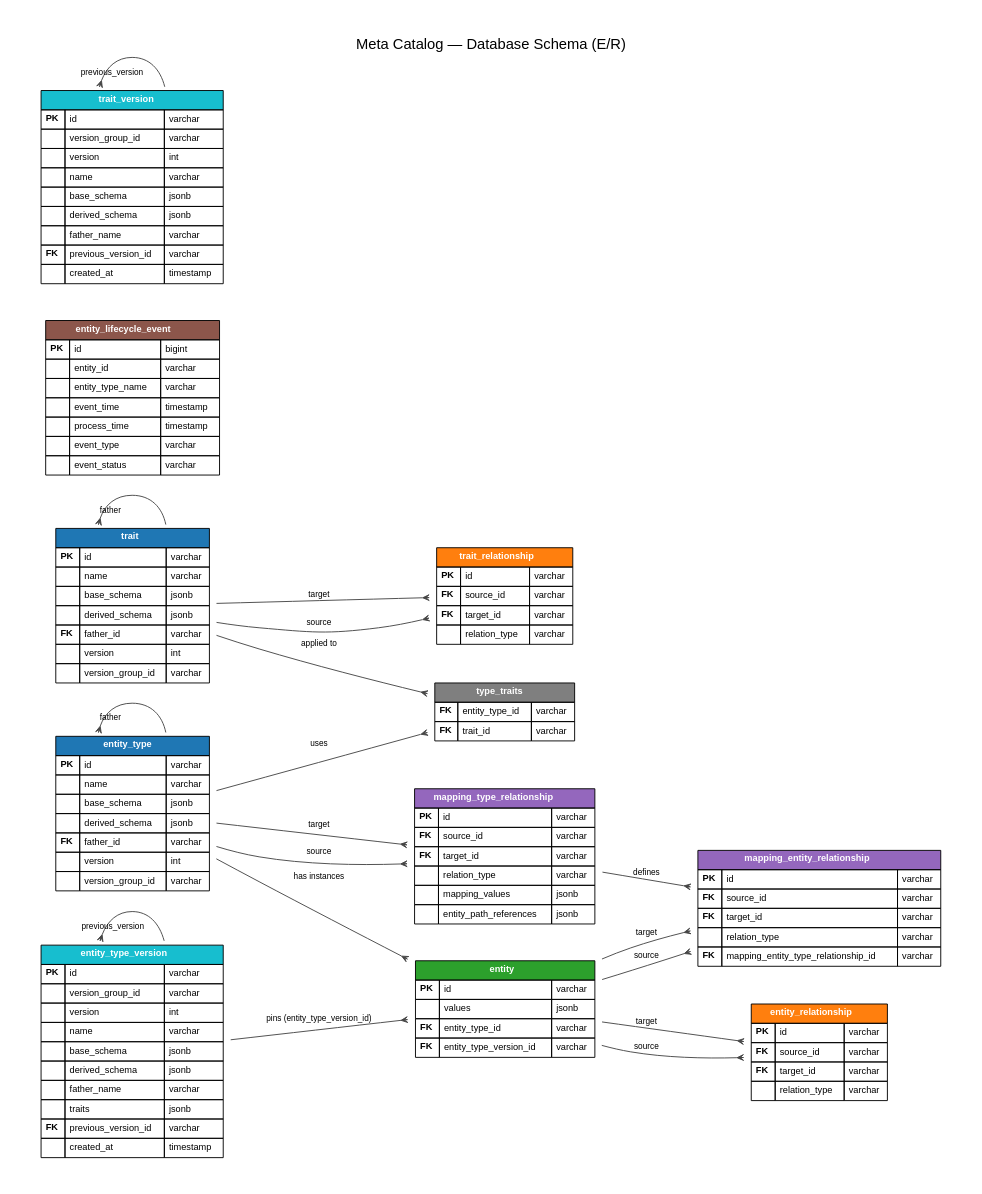
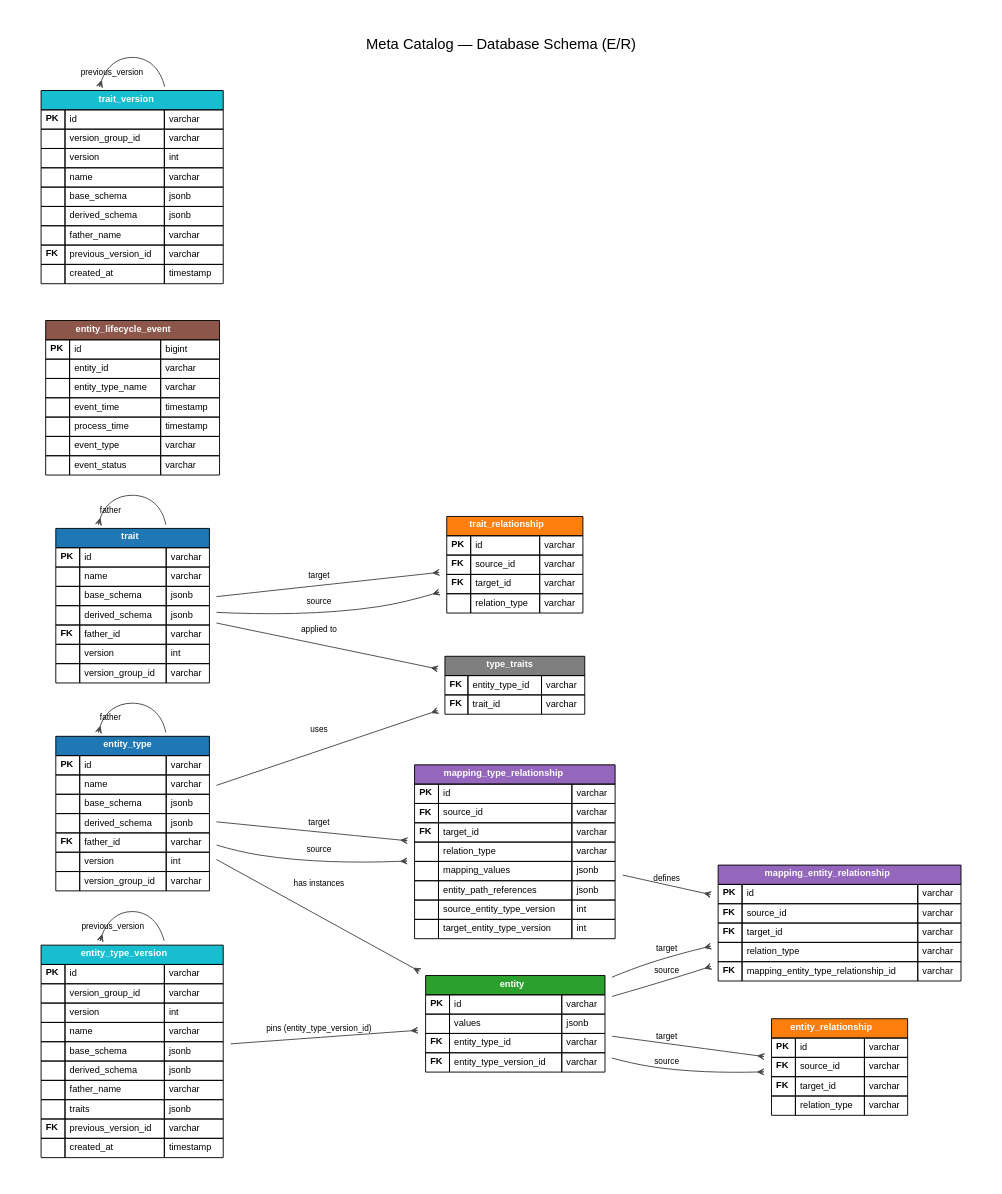
Before and after one commit to dgreco/metacatalog: the diagram in docs/er-diagram.dot, drawn with Graphviz. The commit also changed 3 other files, not shown here.

```diff
--- a/docs/er-diagram.dot
+++ b/docs/er-diagram.dot
@@ -1,167 +1,169 @@
 digraph ER {
     graph [
         rankdir=LR,
         fontname="Helvetica",
         fontsize=10,
         splines=true,
         overlap=false,
         pad=0.4,
         nodesep=0.45,
         ranksep=0.85,
         bgcolor="white",
         label="Meta Catalog — Database Schema (E/R)",
         labelloc=t,
         fontsize=16
     ];
     node  [shape=plaintext, fontname="Helvetica", fontsize=10];
     edge  [color="#444444", penwidth=1.0, arrowsize=0.7, fontname="Helvetica", fontsize=9];
 
     entity_type [label=<
         <TABLE BORDER="0" CELLBORDER="1" CELLSPACING="0" CELLPADDING="4" BGCOLOR="white">
             <TR><TD BGCOLOR="#1f77b4" COLSPAN="3"><FONT COLOR="white"><B>entity_type</B></FONT></TD></TR>
             <TR><TD ALIGN="LEFT"><B>PK</B></TD><TD ALIGN="LEFT">id</TD><TD ALIGN="LEFT">varchar</TD></TR>
             <TR><TD></TD><TD ALIGN="LEFT">name</TD><TD ALIGN="LEFT">varchar</TD></TR>
             <TR><TD></TD><TD ALIGN="LEFT">base_schema</TD><TD ALIGN="LEFT">jsonb</TD></TR>
             <TR><TD></TD><TD ALIGN="LEFT">derived_schema</TD><TD ALIGN="LEFT">jsonb</TD></TR>
             <TR><TD ALIGN="LEFT"><B>FK</B></TD><TD ALIGN="LEFT">father_id</TD><TD ALIGN="LEFT">varchar</TD></TR>
             <TR><TD></TD><TD ALIGN="LEFT">version</TD><TD ALIGN="LEFT">int</TD></TR>
             <TR><TD></TD><TD ALIGN="LEFT">version_group_id</TD><TD ALIGN="LEFT">varchar</TD></TR>
         </TABLE>
     >];
 
     trait [label=<
         <TABLE BORDER="0" CELLBORDER="1" CELLSPACING="0" CELLPADDING="4" BGCOLOR="white">
             <TR><TD BGCOLOR="#1f77b4" COLSPAN="3"><FONT COLOR="white"><B>trait</B></FONT></TD></TR>
             <TR><TD ALIGN="LEFT"><B>PK</B></TD><TD ALIGN="LEFT">id</TD><TD ALIGN="LEFT">varchar</TD></TR>
             <TR><TD></TD><TD ALIGN="LEFT">name</TD><TD ALIGN="LEFT">varchar</TD></TR>
             <TR><TD></TD><TD ALIGN="LEFT">base_schema</TD><TD ALIGN="LEFT">jsonb</TD></TR>
             <TR><TD></TD><TD ALIGN="LEFT">derived_schema</TD><TD ALIGN="LEFT">jsonb</TD></TR>
             <TR><TD ALIGN="LEFT"><B>FK</B></TD><TD ALIGN="LEFT">father_id</TD><TD ALIGN="LEFT">varchar</TD></TR>
             <TR><TD></TD><TD ALIGN="LEFT">version</TD><TD ALIGN="LEFT">int</TD></TR>
             <TR><TD></TD><TD ALIGN="LEFT">version_group_id</TD><TD ALIGN="LEFT">varchar</TD></TR>
         </TABLE>
     >];
 
     type_traits [label=<
         <TABLE BORDER="0" CELLBORDER="1" CELLSPACING="0" CELLPADDING="4" BGCOLOR="white">
             <TR><TD BGCOLOR="#7f7f7f" COLSPAN="3"><FONT COLOR="white"><B>type_traits</B></FONT></TD></TR>
             <TR><TD ALIGN="LEFT"><B>FK</B></TD><TD ALIGN="LEFT">entity_type_id</TD><TD ALIGN="LEFT">varchar</TD></TR>
             <TR><TD ALIGN="LEFT"><B>FK</B></TD><TD ALIGN="LEFT">trait_id</TD><TD ALIGN="LEFT">varchar</TD></TR>
         </TABLE>
     >];
 
     entity [label=<
         <TABLE BORDER="0" CELLBORDER="1" CELLSPACING="0" CELLPADDING="4" BGCOLOR="white">
             <TR><TD BGCOLOR="#2ca02c" COLSPAN="3"><FONT COLOR="white"><B>entity</B></FONT></TD></TR>
             <TR><TD ALIGN="LEFT"><B>PK</B></TD><TD ALIGN="LEFT">id</TD><TD ALIGN="LEFT">varchar</TD></TR>
             <TR><TD></TD><TD ALIGN="LEFT">values</TD><TD ALIGN="LEFT">jsonb</TD></TR>
             <TR><TD ALIGN="LEFT"><B>FK</B></TD><TD ALIGN="LEFT">entity_type_id</TD><TD ALIGN="LEFT">varchar</TD></TR>
             <TR><TD ALIGN="LEFT"><B>FK</B></TD><TD ALIGN="LEFT">entity_type_version_id</TD><TD ALIGN="LEFT">varchar</TD></TR>
         </TABLE>
     >];
 
     trait_relationship [label=<
         <TABLE BORDER="0" CELLBORDER="1" CELLSPACING="0" CELLPADDING="4" BGCOLOR="white">
             <TR><TD BGCOLOR="#ff7f0e" COLSPAN="3"><FONT COLOR="white"><B>trait_relationship</B></FONT></TD></TR>
             <TR><TD ALIGN="LEFT"><B>PK</B></TD><TD ALIGN="LEFT">id</TD><TD ALIGN="LEFT">varchar</TD></TR>
             <TR><TD ALIGN="LEFT"><B>FK</B></TD><TD ALIGN="LEFT">source_id</TD><TD ALIGN="LEFT">varchar</TD></TR>
             <TR><TD ALIGN="LEFT"><B>FK</B></TD><TD ALIGN="LEFT">target_id</TD><TD ALIGN="LEFT">varchar</TD></TR>
             <TR><TD></TD><TD ALIGN="LEFT">relation_type</TD><TD ALIGN="LEFT">varchar</TD></TR>
         </TABLE>
     >];
 
     entity_relationship [label=<
         <TABLE BORDER="0" CELLBORDER="1" CELLSPACING="0" CELLPADDING="4" BGCOLOR="white">
             <TR><TD BGCOLOR="#ff7f0e" COLSPAN="3"><FONT COLOR="white"><B>entity_relationship</B></FONT></TD></TR>
             <TR><TD ALIGN="LEFT"><B>PK</B></TD><TD ALIGN="LEFT">id</TD><TD ALIGN="LEFT">varchar</TD></TR>
             <TR><TD ALIGN="LEFT"><B>FK</B></TD><TD ALIGN="LEFT">source_id</TD><TD ALIGN="LEFT">varchar</TD></TR>
             <TR><TD ALIGN="LEFT"><B>FK</B></TD><TD ALIGN="LEFT">target_id</TD><TD ALIGN="LEFT">varchar</TD></TR>
             <TR><TD></TD><TD ALIGN="LEFT">relation_type</TD><TD ALIGN="LEFT">varchar</TD></TR>
         </TABLE>
     >];
 
     mapping_type_relationship [label=<
         <TABLE BORDER="0" CELLBORDER="1" CELLSPACING="0" CELLPADDING="4" BGCOLOR="white">
             <TR><TD BGCOLOR="#9467bd" COLSPAN="3"><FONT COLOR="white"><B>mapping_type_relationship</B></FONT></TD></TR>
             <TR><TD ALIGN="LEFT"><B>PK</B></TD><TD ALIGN="LEFT">id</TD><TD ALIGN="LEFT">varchar</TD></TR>
             <TR><TD ALIGN="LEFT"><B>FK</B></TD><TD ALIGN="LEFT">source_id</TD><TD ALIGN="LEFT">varchar</TD></TR>
             <TR><TD ALIGN="LEFT"><B>FK</B></TD><TD ALIGN="LEFT">target_id</TD><TD ALIGN="LEFT">varchar</TD></TR>
             <TR><TD></TD><TD ALIGN="LEFT">relation_type</TD><TD ALIGN="LEFT">varchar</TD></TR>
             <TR><TD></TD><TD ALIGN="LEFT">mapping_values</TD><TD ALIGN="LEFT">jsonb</TD></TR>
             <TR><TD></TD><TD ALIGN="LEFT">entity_path_references</TD><TD ALIGN="LEFT">jsonb</TD></TR>
+            <TR><TD></TD><TD ALIGN="LEFT">source_entity_type_version</TD><TD ALIGN="LEFT">int</TD></TR>
+            <TR><TD></TD><TD ALIGN="LEFT">target_entity_type_version</TD><TD ALIGN="LEFT">int</TD></TR>
         </TABLE>
     >];
 
     mapping_entity_relationship [label=<
         <TABLE BORDER="0" CELLBORDER="1" CELLSPACING="0" CELLPADDING="4" BGCOLOR="white">
             <TR><TD BGCOLOR="#9467bd" COLSPAN="3"><FONT COLOR="white"><B>mapping_entity_relationship</B></FONT></TD></TR>
             <TR><TD ALIGN="LEFT"><B>PK</B></TD><TD ALIGN="LEFT">id</TD><TD ALIGN="LEFT">varchar</TD></TR>
             <TR><TD ALIGN="LEFT"><B>FK</B></TD><TD ALIGN="LEFT">source_id</TD><TD ALIGN="LEFT">varchar</TD></TR>
             <TR><TD ALIGN="LEFT"><B>FK</B></TD><TD ALIGN="LEFT">target_id</TD><TD ALIGN="LEFT">varchar</TD></TR>
             <TR><TD></TD><TD ALIGN="LEFT">relation_type</TD><TD ALIGN="LEFT">varchar</TD></TR>
             <TR><TD ALIGN="LEFT"><B>FK</B></TD><TD ALIGN="LEFT">mapping_entity_type_relationship_id</TD><TD ALIGN="LEFT">varchar</TD></TR>
         </TABLE>
     >];
 
     entity_lifecycle_event [label=<
         <TABLE BORDER="0" CELLBORDER="1" CELLSPACING="0" CELLPADDING="4" BGCOLOR="white">
             <TR><TD BGCOLOR="#8c564b" COLSPAN="3"><FONT COLOR="white"><B>entity_lifecycle_event</B></FONT></TD></TR>
             <TR><TD ALIGN="LEFT"><B>PK</B></TD><TD ALIGN="LEFT">id</TD><TD ALIGN="LEFT">bigint</TD></TR>
             <TR><TD></TD><TD ALIGN="LEFT">entity_id</TD><TD ALIGN="LEFT">varchar</TD></TR>
             <TR><TD></TD><TD ALIGN="LEFT">entity_type_name</TD><TD ALIGN="LEFT">varchar</TD></TR>
             <TR><TD></TD><TD ALIGN="LEFT">event_time</TD><TD ALIGN="LEFT">timestamp</TD></TR>
             <TR><TD></TD><TD ALIGN="LEFT">process_time</TD><TD ALIGN="LEFT">timestamp</TD></TR>
             <TR><TD></TD><TD ALIGN="LEFT">event_type</TD><TD ALIGN="LEFT">varchar</TD></TR>
             <TR><TD></TD><TD ALIGN="LEFT">event_status</TD><TD ALIGN="LEFT">varchar</TD></TR>
         </TABLE>
     >];
 
     entity_type_version [label=<
         <TABLE BORDER="0" CELLBORDER="1" CELLSPACING="0" CELLPADDING="4" BGCOLOR="white">
             <TR><TD BGCOLOR="#17becf" COLSPAN="3"><FONT COLOR="white"><B>entity_type_version</B></FONT></TD></TR>
             <TR><TD ALIGN="LEFT"><B>PK</B></TD><TD ALIGN="LEFT">id</TD><TD ALIGN="LEFT">varchar</TD></TR>
             <TR><TD></TD><TD ALIGN="LEFT">version_group_id</TD><TD ALIGN="LEFT">varchar</TD></TR>
             <TR><TD></TD><TD ALIGN="LEFT">version</TD><TD ALIGN="LEFT">int</TD></TR>
             <TR><TD></TD><TD ALIGN="LEFT">name</TD><TD ALIGN="LEFT">varchar</TD></TR>
             <TR><TD></TD><TD ALIGN="LEFT">base_schema</TD><TD ALIGN="LEFT">jsonb</TD></TR>
             <TR><TD></TD><TD ALIGN="LEFT">derived_schema</TD><TD ALIGN="LEFT">jsonb</TD></TR>
             <TR><TD></TD><TD ALIGN="LEFT">father_name</TD><TD ALIGN="LEFT">varchar</TD></TR>
             <TR><TD></TD><TD ALIGN="LEFT">traits</TD><TD ALIGN="LEFT">jsonb</TD></TR>
             <TR><TD ALIGN="LEFT"><B>FK</B></TD><TD ALIGN="LEFT">previous_version_id</TD><TD ALIGN="LEFT">varchar</TD></TR>
             <TR><TD></TD><TD ALIGN="LEFT">created_at</TD><TD ALIGN="LEFT">timestamp</TD></TR>
         </TABLE>
     >];
 
     trait_version [label=<
         <TABLE BORDER="0" CELLBORDER="1" CELLSPACING="0" CELLPADDING="4" BGCOLOR="white">
             <TR><TD BGCOLOR="#17becf" COLSPAN="3"><FONT COLOR="white"><B>trait_version</B></FONT></TD></TR>
             <TR><TD ALIGN="LEFT"><B>PK</B></TD><TD ALIGN="LEFT">id</TD><TD ALIGN="LEFT">varchar</TD></TR>
             <TR><TD></TD><TD ALIGN="LEFT">version_group_id</TD><TD ALIGN="LEFT">varchar</TD></TR>
             <TR><TD></TD><TD ALIGN="LEFT">version</TD><TD ALIGN="LEFT">int</TD></TR>
             <TR><TD></TD><TD ALIGN="LEFT">name</TD><TD ALIGN="LEFT">varchar</TD></TR>
             <TR><TD></TD><TD ALIGN="LEFT">base_schema</TD><TD ALIGN="LEFT">jsonb</TD></TR>
             <TR><TD></TD><TD ALIGN="LEFT">derived_schema</TD><TD ALIGN="LEFT">jsonb</TD></TR>
             <TR><TD></TD><TD ALIGN="LEFT">father_name</TD><TD ALIGN="LEFT">varchar</TD></TR>
             <TR><TD ALIGN="LEFT"><B>FK</B></TD><TD ALIGN="LEFT">previous_version_id</TD><TD ALIGN="LEFT">varchar</TD></TR>
             <TR><TD></TD><TD ALIGN="LEFT">created_at</TD><TD ALIGN="LEFT">timestamp</TD></TR>
         </TABLE>
     >];
 
     entity_type        -> entity_type        [taillabel="father",  labeldistance=2, dir=back, arrowtail=crow];
     trait              -> trait              [taillabel="father",  labeldistance=2, dir=back, arrowtail=crow];
     entity_type        -> entity             [arrowhead=crow,  label="has instances"];
     entity_type        -> type_traits        [arrowhead=crow,  label="uses"];
     trait              -> type_traits        [arrowhead=crow,  label="applied to"];
     trait              -> trait_relationship [arrowhead=crow,  label="source"];
     trait              -> trait_relationship [arrowhead=crow,  label="target"];
     entity             -> entity_relationship [arrowhead=crow, label="source"];
     entity             -> entity_relationship [arrowhead=crow, label="target"];
     entity_type        -> mapping_type_relationship [arrowhead=crow, label="source"];
     entity_type        -> mapping_type_relationship [arrowhead=crow, label="target"];
     mapping_type_relationship -> mapping_entity_relationship [arrowhead=crow, label="defines"];
     entity             -> mapping_entity_relationship [arrowhead=crow, label="source"];
     entity             -> mapping_entity_relationship [arrowhead=crow, label="target"];
     entity_type_version -> entity            [arrowhead=crow,  label="pins (entity_type_version_id)"];
     entity_type_version -> entity_type_version [taillabel="previous_version", labeldistance=2, dir=back, arrowtail=crow];
     trait_version      -> trait_version      [taillabel="previous_version", labeldistance=2, dir=back, arrowtail=crow];
 }
```
